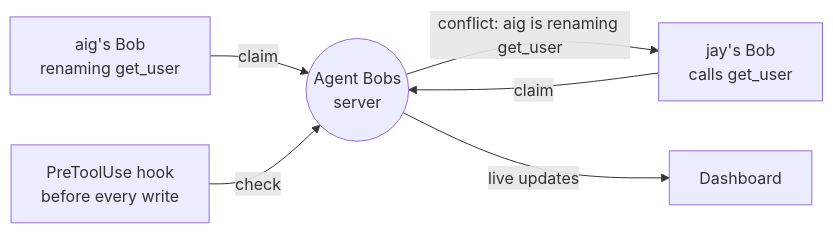
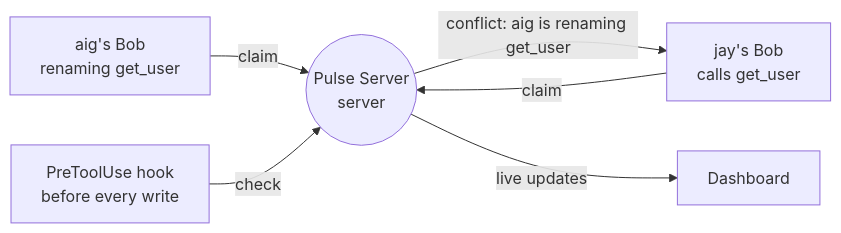
Before and after one commit to alfonsoVsebolino/agent_bobs: the diagram in README.md, drawn with Mermaid. The commit also changed other lines of this file and 12 other files, not shown here.

Commit message:
docs: rename Agent Bobs → Pulse Server across all docs; center logo in README

````diff
--- a/README.md
+++ b/README.md
@@ -73,8 +75,8 @@
 ```mermaid
 flowchart LR
-    AIG["aig's Bob<br/>renaming get_user"] -- claim --> S(("Agent Bobs<br/>server"))
+    AIG["aig's Bob<br/>renaming get_user"] -- claim --> S(("Pulse Server<br/>server"))
     JAY["jay's Bob<br/>calls get_user"] -- claim --> S
     S -- "conflict: aig is renaming get_user" --> JAY
     HOOK["PreToolUse hook<br/>before every write"] -- check --> S
     S -- live updates --> DASH["Dashboard"]
 ```
````
